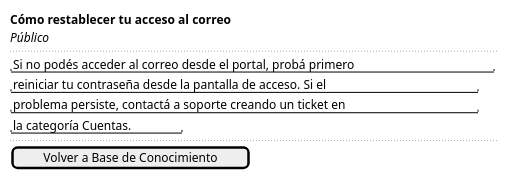
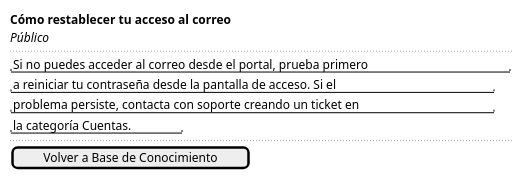
One commit to Dievex/01-HelpDesk changed the diagram in puml/02-fase-elaboracion/especificacion-casos-uso/base-conocimiento/UC09-ver-articulo-conocimiento-wireframe.puml. Above: the diagram before and after it, drawn with PlantUML. The commit also changed 7 other files, not shown here.

```diff
--- a/puml/02-fase-elaboracion/especificacion-casos-uso/base-conocimiento/UC09-ver-articulo-conocimiento-wireframe.puml
+++ b/puml/02-fase-elaboracion/especificacion-casos-uso/base-conocimiento/UC09-ver-articulo-conocimiento-wireframe.puml
@@ -1,13 +1,13 @@
 @startsalt UC09-ver-articulo-conocimiento-wireframe
 {
   <b>Cómo restablecer tu acceso al correo
   <i>Público
   ..
-  "Si no podés acceder al correo desde el portal, probá primero"
-  "reiniciar tu contraseña desde la pantalla de acceso. Si el"
-  "problema persiste, contactá a soporte creando un ticket en"
+  "Si no puedes acceder al correo desde el portal, prueba primero"
+  "a reiniciar tu contraseña desde la pantalla de acceso. Si el"
+  "problema persiste, contacta con soporte creando un ticket en"
   "la categoría Cuentas."
   ..
   [Volver a Base de Conocimiento]
 }
 @endsalt
```
